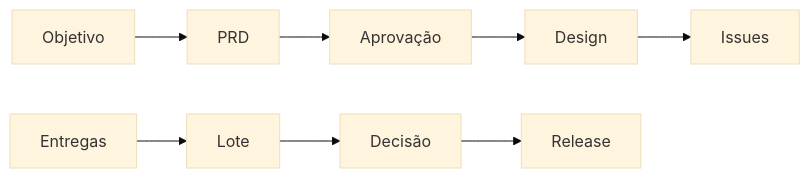
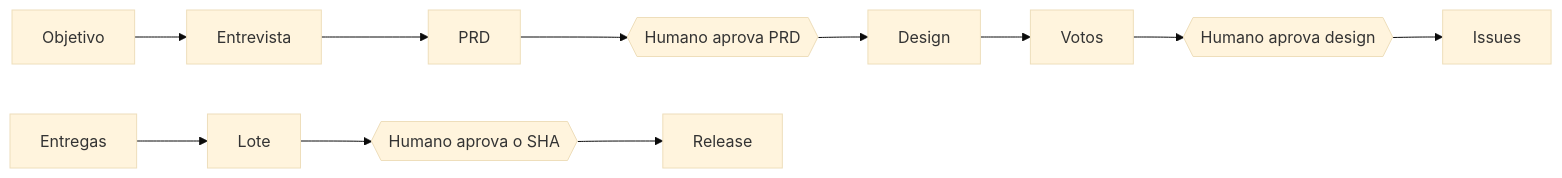
Before and after one commit to AgentsKit-io/harness: the diagram in .brain/repos/harness/fluxos/Harness - Planejar e liberar com decisão humana.md, drawn with Mermaid (base theme). The commit also changed other lines of this file and 21 other files, not shown here.

````diff
--- a/.brain/repos/harness/fluxos/Harness - Planejar e liberar com decisão humana.md
+++ b/.brain/repos/harness/fluxos/Harness - Planejar e liberar com decisão humana.md
@@ -32,5 +33,5 @@
 ```mermaid
 flowchart LR
-  Objetivo --> PRD --> Aprovação --> Design --> Issues
-  Entregas --> Lote --> Decisão --> Release
+  Objetivo --> Entrevista --> PRD --> G1{{Humano aprova PRD}} --> Design --> Votos --> G2{{Humano aprova design}} --> Issues
+  Entregas --> Lote --> G3{{Humano aprova o SHA}} --> Release
 ```
````
